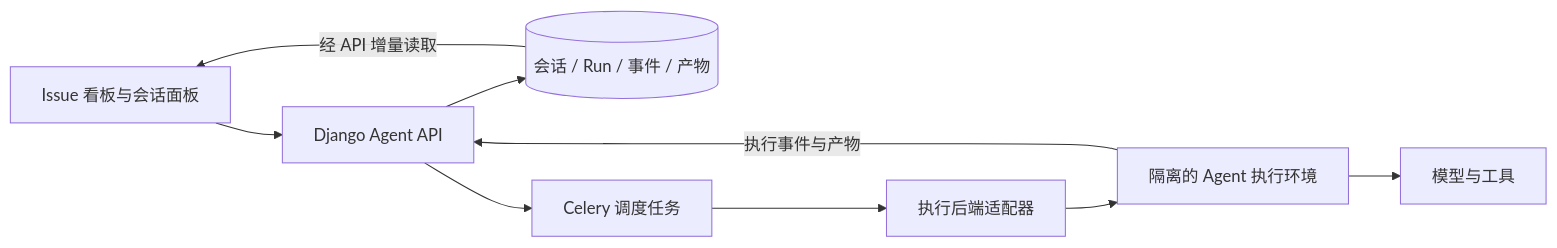
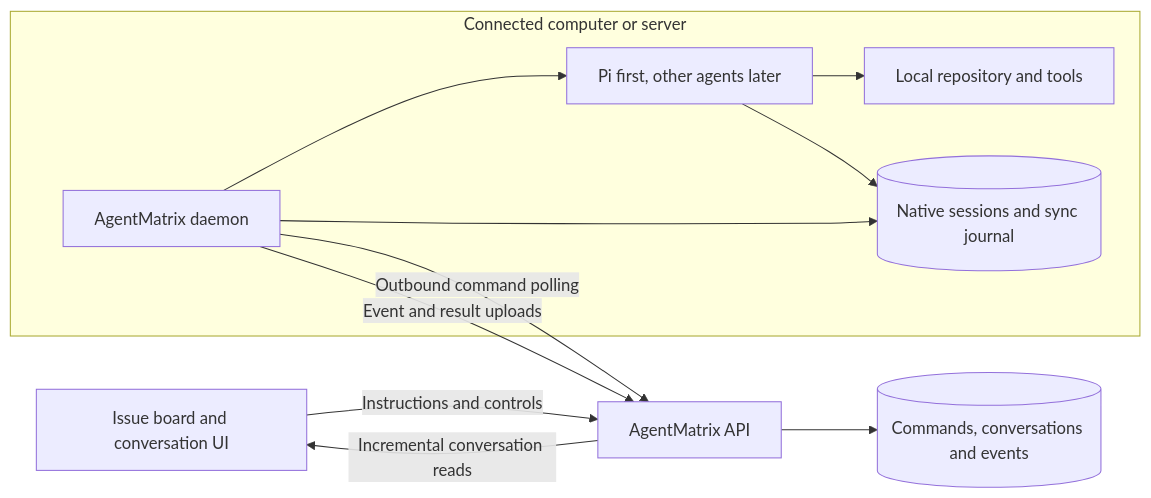
Before and after one commit to CaesarYangs/AgentMatrix: the diagram in README.md, drawn with Mermaid. The commit also changed other lines of this file and 1 other file, not shown here.

Commit message:
docs: define local daemon architecture and initial Pi build

````diff
--- a/README.md
+++ b/README.md
@@ -62,11 +39,23 @@
 ```mermaid
 flowchart LR
-    UI[Issue 看板与会话面板] --> API[Django Agent API]
-    API --> DB[(会话 / Run / 事件 / 产物)]
-    API --> Q[Celery 调度任务]
-    Q --> AD[执行后端适配器]
-    AD --> RT[隔离的 Agent 执行环境]
-    RT --> TOOL[模型与工具]
-    RT -->|执行事件与产物| API
-    DB -->|经 API 增量读取| UI
+    Browser[Issue board and conversation UI]
+    API[AgentMatrix API]
+    DB[(Commands, conversations and events)]
+
+    subgraph Machine["Connected computer or server"]
+        Daemon[AgentMatrix daemon]
+        Agent[Pi first, other agents later]
+        Files[Local repository and tools]
+        State[(Native sessions and sync journal)]
+    end
+
+    Browser -->|Instructions and controls| API
+    API --> DB
+    Daemon -->|Outbound command polling| API
+    Daemon -->|Event and result uploads| API
+    API -->|Incremental conversation reads| Browser
+    Daemon --> Agent
+    Agent --> Files
+    Agent --> State
+    Daemon --> State
 ```
````
